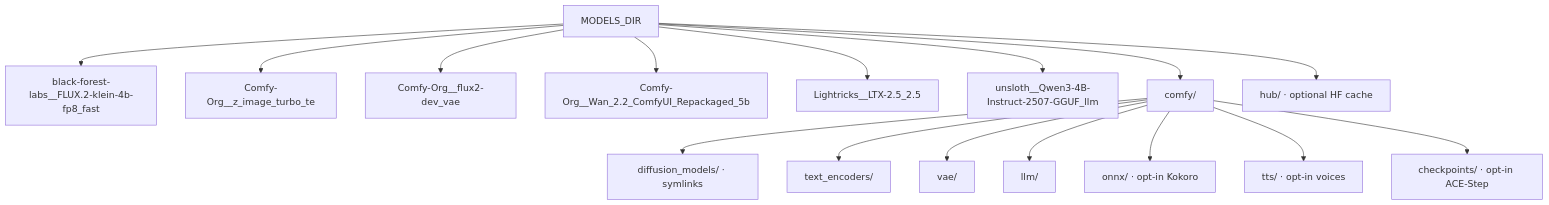
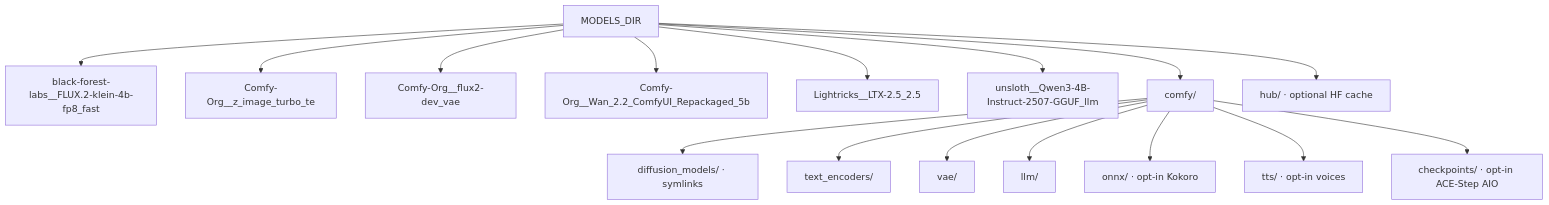
One commit to toxicoder/ez-comfy-stack changed the first of 4 diagrams in docs/models-and-cache.md. Above: the diagram before and after it, drawn with Mermaid. The commit also changed other lines of this file and 24 other files, not shown here.

First line of the commit message:
feat: add US-safe ACE-Step rap draft and full-track lab graphs

````diff
--- a/docs/models-and-cache.md
+++ b/docs/models-and-cache.md
@@ -91,19 +91,19 @@
 ```mermaid
 flowchart TB
   Root["MODELS_DIR"]
   Root --> Klein["black-forest-labs__FLUX.2-klein-4b-fp8_fast"]
   Root --> TE["Comfy-Org__z_image_turbo_te"]
   Root --> VAE["Comfy-Org__flux2-dev_vae"]
   Root --> Wan["Comfy-Org__Wan_2.2_ComfyUI_Repackaged_5b"]
   Root --> Ltx["Lightricks__LTX-2.5_2.5"]
   Root --> Llm["unsloth__Qwen3-4B-Instruct-2507-GGUF_llm"]
   Root --> Comfy["comfy/"]
   Root --> Hub["hub/ · optional HF cache"]
   Comfy --> DM["diffusion_models/ · symlinks"]
   Comfy --> TEd["text_encoders/"]
   Comfy --> VAEd["vae/"]
   Comfy --> LlmDir["llm/"]
   Comfy --> Onnx["onnx/ · opt-in Kokoro"]
   Comfy --> Tts["tts/ · opt-in voices"]
-  Comfy --> Ckpt["checkpoints/ · opt-in ACE-Step"]
+  Comfy --> Ckpt["checkpoints/ · opt-in ACE-Step AIO"]
 ```
````
